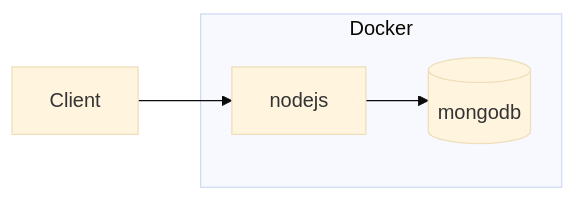
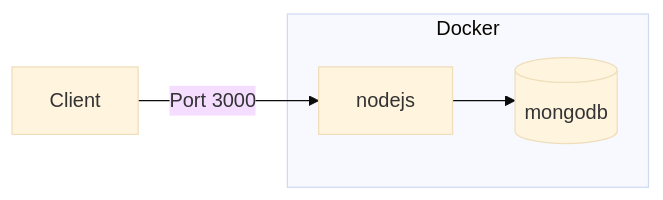
One commit to chri11g6/MongoDB-Person changed the first of 2 diagrams in doc/Hvordan docker er setup.md. Above: the diagram before and after it, drawn with Mermaid (base theme). The commit also changed other lines of this file and 1 other file, not shown here.

Commit message:
Så er der kommet mere jeg docker doc

````diff
--- a/doc/Hvordan docker er setup.md
+++ b/doc/Hvordan docker er setup.md
@@ -6,12 +9,12 @@
 ```mermaid
 flowchart LR
 	db[(mongodb)]
 	Web[nodejs]
 	client[Client]
 
 	subgraph Docker
 		Web --> db
 	end
 
-	client --> Web
+	client -- Port 3000 --> Web
 ```
````
